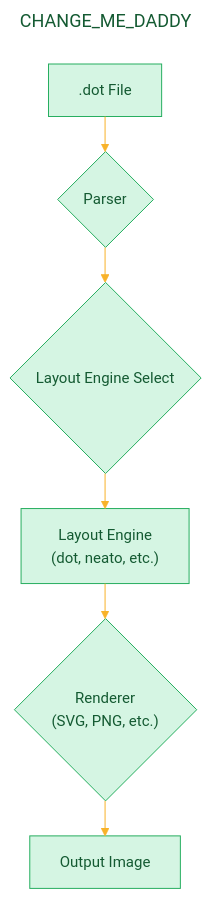
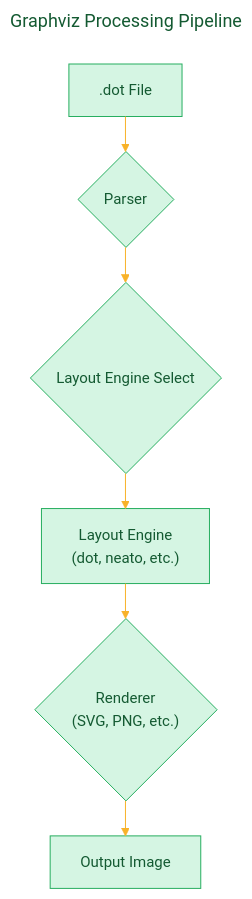
Before and after one commit to CongLeSolutionX/The-Language-Atlas: the seventh of 9 diagrams in regions/DOT_language/PART_2/Gallery_of_DOT_Concepts.md, drawn with Mermaid. The commit also changed other lines of this file and 6 other files, not shown here.

````diff
--- a/regions/DOT_language/PART_2/Gallery_of_DOT_Concepts.md
+++ b/regions/DOT_language/PART_2/Gallery_of_DOT_Concepts.md
@@ -304,37 +304,37 @@
 ```mermaid
 ---
-title: "CHANGE_ME_DADDY"
+title: "Graphviz Processing Pipeline"
 author: "Cong Le"
 version: "1.0"
 license(s): "MIT, CC BY 4.0"
 copyright: "Copyright (c) 2025 Cong Le. All Rights Reserved."
 config:
   layout: elk
   theme: base
 ---
 %%%%%%%% Mermaid version v11.4.1-b.14
 %%%%%%%% Available curve styles include the following keywords:
 %% basis, bumpX, bumpY, cardinal, catmullRom, linear, monotoneX, monotoneY, natural, step, stepAfter, stepBefore.
 %%{
   init: {
     'flowchart': { 'htmlLabels': true, 'curve': 'linear' },
     'fontFamily': 'Monaco',
     'themeVariables': {
       'primaryColor': '#D5F5E3',
       'primaryTextColor': '#145A32',
       'lineColor': '#F8B229',
       'primaryBorderColor': '#27AE60',
       'secondaryColor': '#EBDEF0',
       'secondaryTextColor': '#6C3483',
       'secondaryBorderColor': '#A569BD',
       'fontSize': '15px'
     }
   }
 }%%
 flowchart TD
     Input[".dot File"] --> Parser{"Parser"}
     Parser --> LE_Select{"Layout Engine Select"}
     LE_Select --> Layout["Layout Engine<br/>(dot, neato, etc.)"]
     Layout --> Renderer{"Renderer<br/>(SVG, PNG, etc.)"}
     Renderer --> Output["Output Image"]
 ```
````
